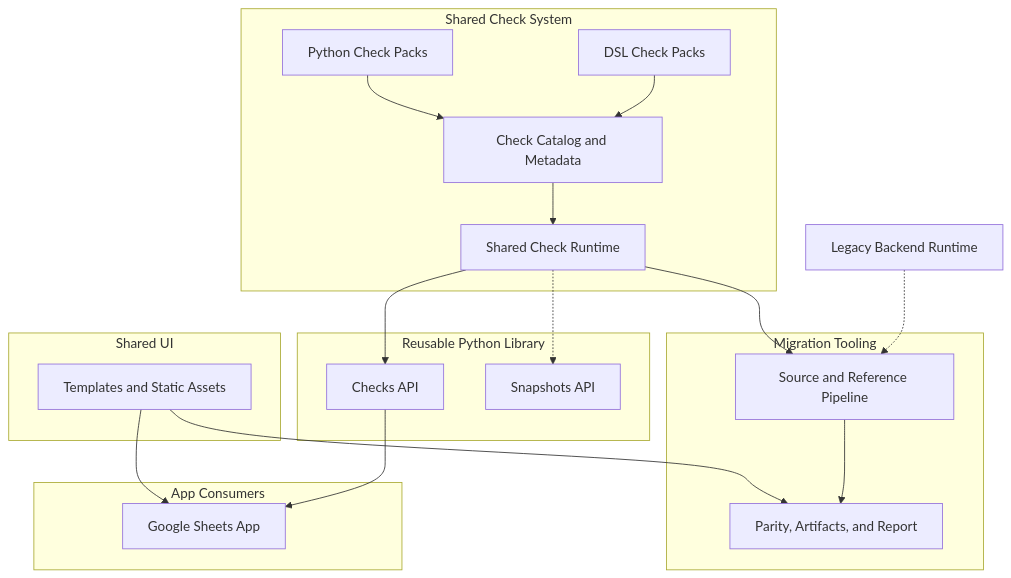
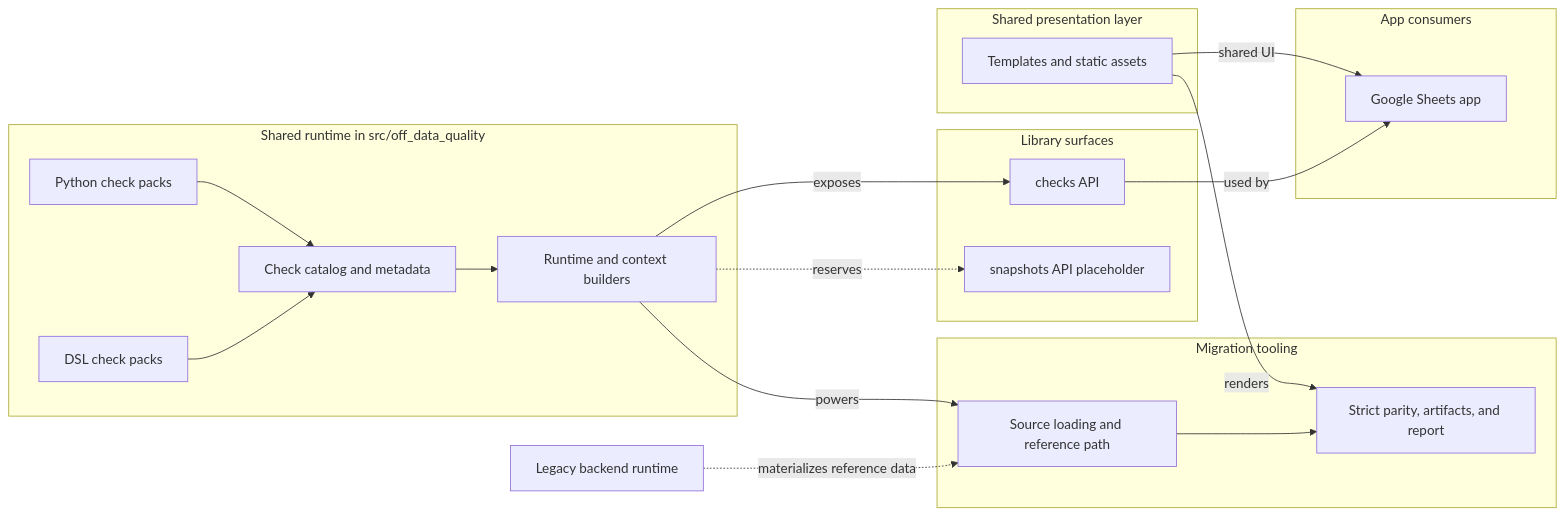
Before and after one commit to bobcorn/openfoodfacts-data-quality: the diagram in docs/explanation/system-architecture.md, drawn with Mermaid. The commit also changed other lines of this file and 57 other files, not shown here.

Commit message:
refactor: tighten input contracts and strict migration parity (#42)

````diff
--- a/docs/explanation/system-architecture.md
+++ b/docs/explanation/system-architecture.md
@@ -11,41 +11,41 @@
 ```mermaid
-flowchart TB
-    subgraph CHECKS["Shared Check System"]
-        A["Python Check Packs"]
-        B["DSL Check Packs"]
-        C["Check Catalog and Metadata"]
-        D["Shared Check Runtime"]
+flowchart LR
+    subgraph RUNTIME["Shared runtime in src/off_data_quality"]
+        A["Python check packs"]
+        B["DSL check packs"]
+        C["Check catalog and metadata"]
+        D["Runtime and context builders"]
         A --> C
         B --> C
         C --> D
     end
 
-    subgraph LIB["Reusable Python Library"]
-        E["Checks API"]
-        F["Snapshots API"]
+    subgraph LIB["Library surfaces"]
+        E["checks API"]
+        F["snapshots API placeholder"]
     end
 
-    subgraph APP["Migration Tooling"]
-        G["Source and Reference Pipeline"]
-        J["Parity, Artifacts, and Report"]
-        G --> J
+    subgraph MIG["Migration tooling"]
+        G["Source loading and reference path"]
+        H["Strict parity, artifacts, and report"]
+        G --> H
     end
 
-    subgraph CONSUMER["App Consumers"]
-        L["Google Sheets App"]
+    subgraph APPS["App consumers"]
+        I["Google Sheets app"]
     end
 
-    subgraph UI["Shared UI"]
-        M["Templates and Static Assets"]
+    subgraph UI["Shared presentation layer"]
+        J["Templates and static assets"]
     end
 
-    K["Legacy Backend Runtime"]
+    K["Legacy backend runtime"]
 
-    D --> E
-    D -.-> F
-    D --> G
-    E --> L
-    M --> L
-    M --> J
-    K -.-> G
+    D -->|"exposes"| E
+    D -.->|"reserves"| F
+    D -->|"powers"| G
+    E -->|"used by"| I
+    J -->|"shared UI"| I
+    J -->|"renders"| H
+    K -.->|"materializes reference data"| G
 ```
````
